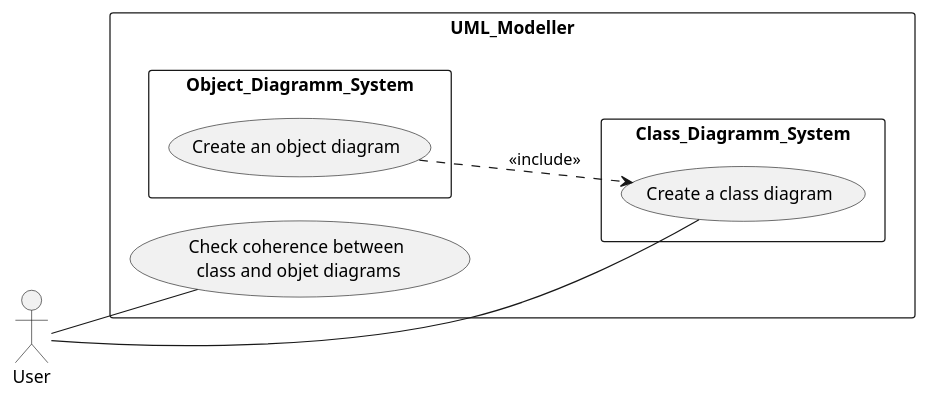
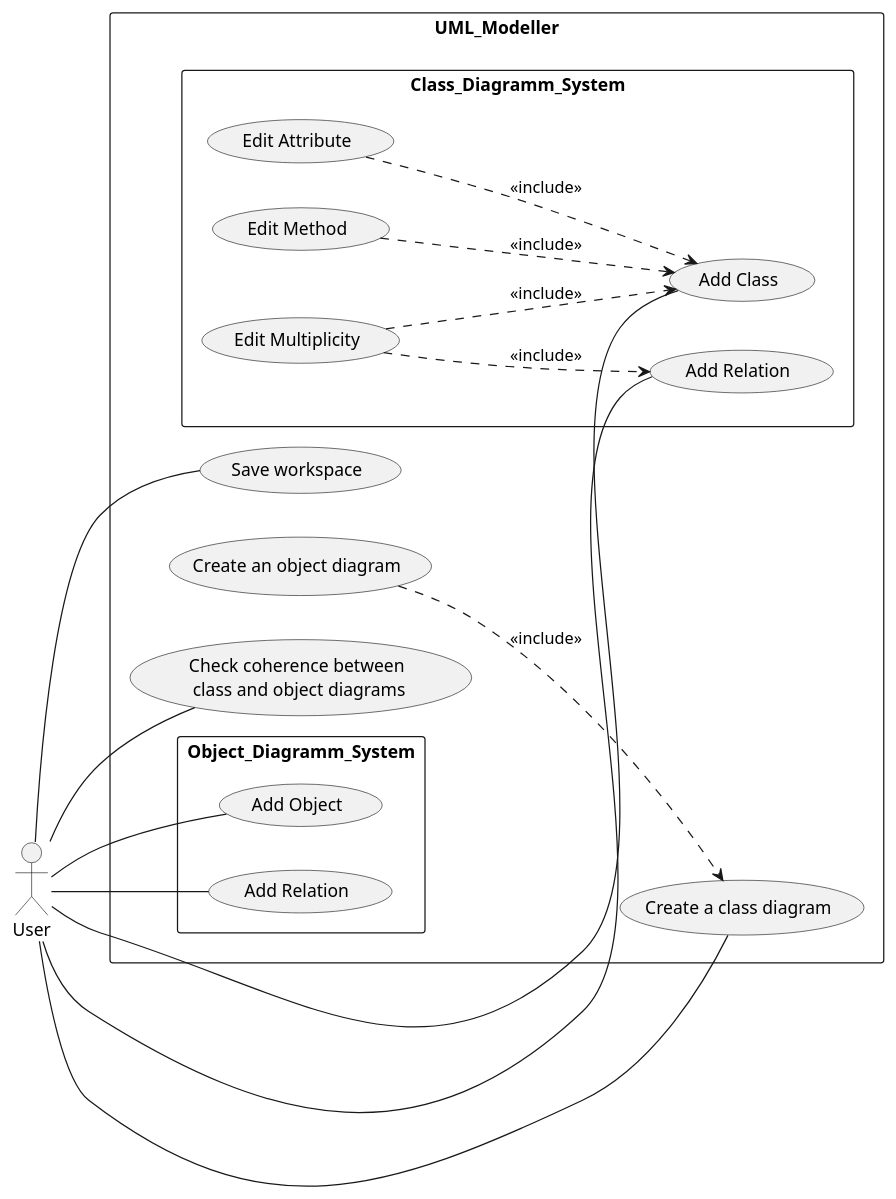
Before and after one commit to Phalexei/Modeleur: the diagram in src/com/github/tomap/uml/system/usecase/usecase.puml, drawn with PlantUML.

Commit message:
add specific use cases

```diff
--- a/src/com/github/tomap/uml/system/usecase/usecase.puml
+++ b/src/com/github/tomap/uml/system/usecase/usecase.puml
@@ -1,21 +1,43 @@
 @startuml
 skinparam packageStyle rect
 left to right direction
 :User: as User
 
 rectangle UML_Modeller {
+
 	rectangle Class_Diagramm_System {
-		(Create a class diagram) as (Class)
+		(Add Class) as (addClass)
+	    (Add Relation) as (addRelation)
+		(Edit Method) as (editMethod)
+	    (Edit Attribute) as (editAttribute)
+	    (Edit Multiplicity) as (editMultiplicity)
 	}
+
+	User -- (addRelation)
+    User -- (addClass)
+    (editMethod) ..> (addClass) : <<include>>
+    (editAttribute) ..> (addClass) : <<include>>
+    (editMultiplicity) ..> (addClass) : <<include>>
+    (editMultiplicity) ..> (addRelation) : <<include>>
+
 	rectangle Object_Diagramm_System {
-		(Create an object diagram) as (Object)
+		(Add Object) as (addObject)
+	    (Add Relation) as (addObjectRelation)
 	}
-   
-    (Check coherence between\n class and objet diagrams) as (Coherence)
 
+	User -- (addObject)
+    User -- (addObjectRelation)
+
+	(Create a class diagram) as (Class)
+    (Create an object diagram) as (Object)
+    (Save workspace) as (Save)
+    (Check coherence between\n class and object diagrams) as (Coherence)
+
+	User -- (Save)
     User -- (Class)
-    (Object) ..> (Class) : <<include>>
     User -- (Coherence)
+   (Object) ..> (Class) : <<include>>
+
 }
 
 @enduml
```
